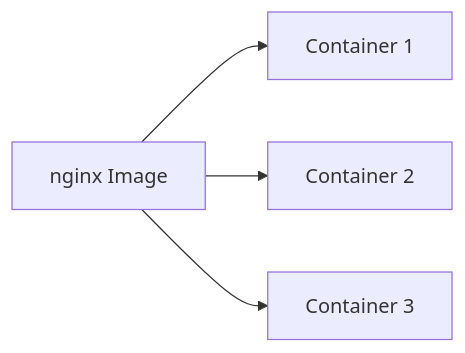
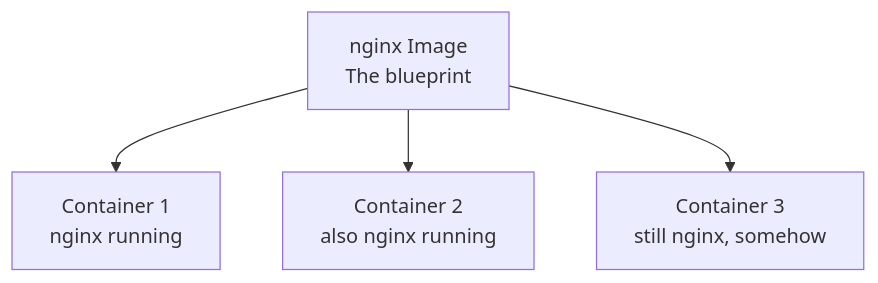
Before and after one commit to amit4996/learn-k8s-az: the fifth of 7 diagrams in Ch1.Docker/readme.md, drawn with Mermaid. The commit also changed other lines of this file, not shown here.

````diff
--- a/Ch1.Docker/readme.md
+++ b/Ch1.Docker/readme.md
@@ -157,6 +196,6 @@
 ```mermaid
-flowchart LR
-    A[nginx Image] --> B[Container 1]
-    A --> C[Container 2]
-    A --> D[Container 3]
+flowchart TD
+    Image["nginx Image<br/>The blueprint"] --> C1["Container 1<br/>nginx running"]
+    Image --> C2["Container 2<br/>also nginx running"]
+    Image --> C3["Container 3<br/>still nginx, somehow"]
 ```
````
